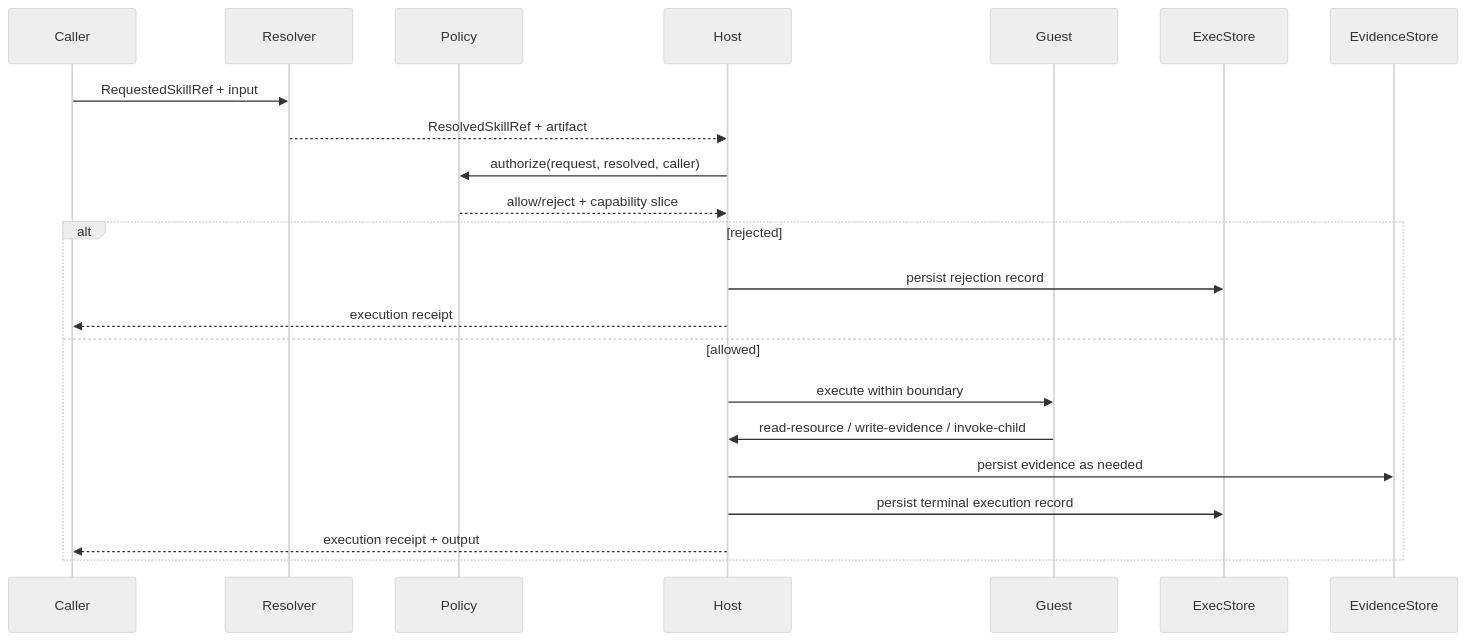
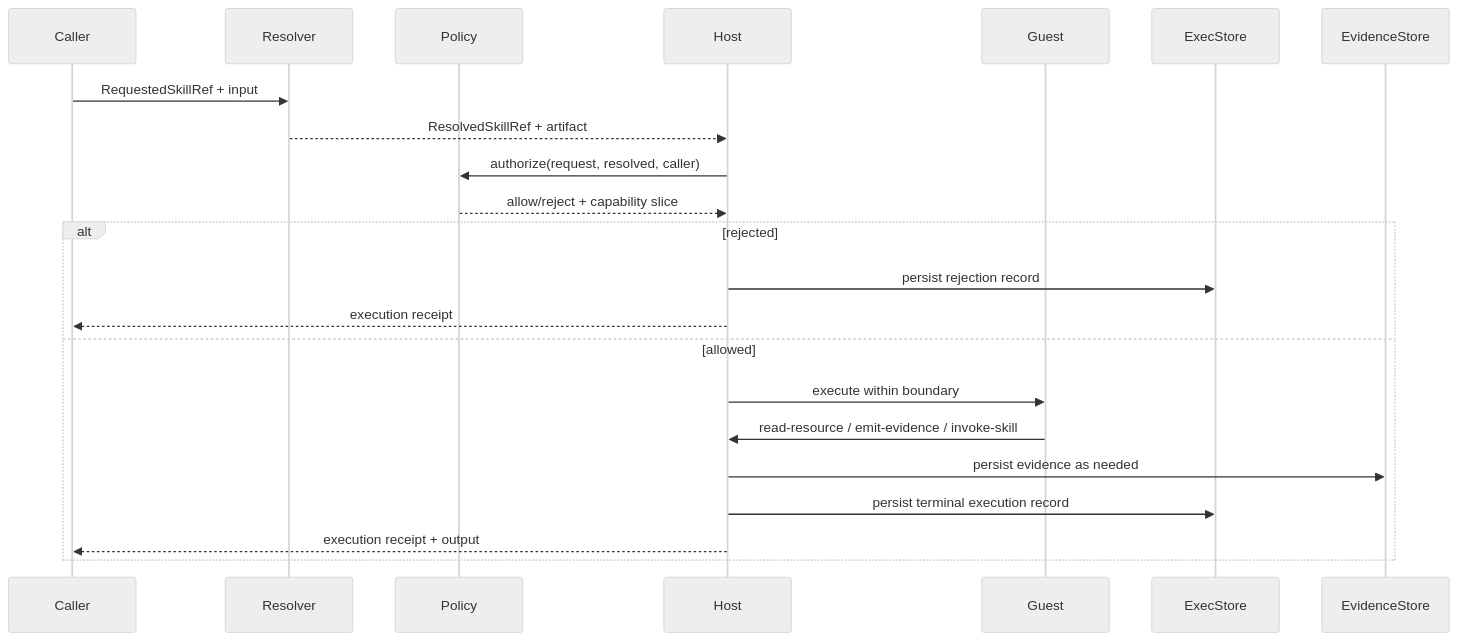
One commit to jkordish/Guild changed the diagram in ARCHITECTURE.md. Above: the diagram before and after it, drawn with Mermaid (neutral theme). The commit also changed other lines of this file and 24 other files, not shown here.

````diff
--- a/ARCHITECTURE.md
+++ b/ARCHITECTURE.md
@@ -505,25 +520,25 @@
 ```mermaid
 sequenceDiagram
     participant Caller
     participant Resolver
     participant Policy
     participant Host
     participant Guest
     participant ExecStore
     participant EvidenceStore
 
     Caller->>Resolver: RequestedSkillRef + input
     Resolver-->>Host: ResolvedSkillRef + artifact
     Host->>Policy: authorize(request, resolved, caller)
     Policy-->>Host: allow/reject + capability slice
     alt rejected
         Host->>ExecStore: persist rejection record
         Host-->>Caller: execution receipt
     else allowed
         Host->>Guest: execute within boundary
-        Guest->>Host: read-resource / write-evidence / invoke-child
+        Guest->>Host: read-resource / emit-evidence / invoke-skill
         Host->>EvidenceStore: persist evidence as needed
         Host->>ExecStore: persist terminal execution record
         Host-->>Caller: execution receipt + output
     end
 ```
````
